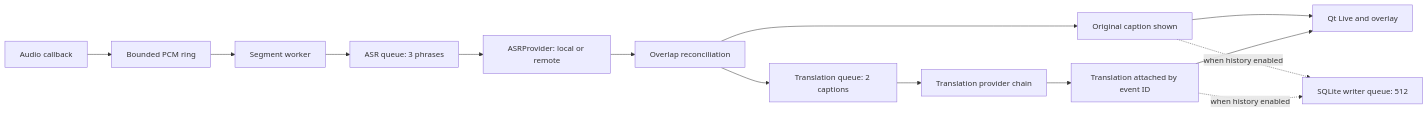
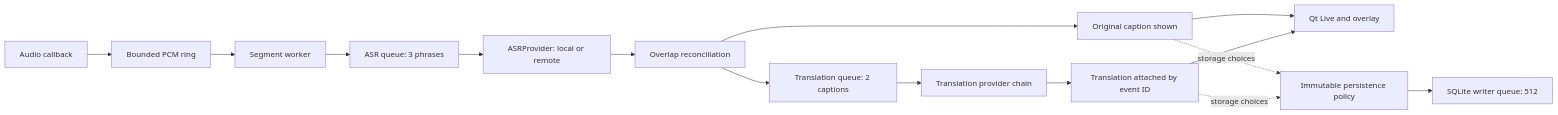
The diagram in docs/architecture.md (ChanJianHao/SubbyAI), drawn with Mermaid before and after one commit. The commit also changed other lines of this file and 82 other files, not shown here.

````diff
--- a/docs/architecture.md
+++ b/docs/architecture.md
@@ -7,16 +7,17 @@
 ```mermaid
 flowchart LR
     A[Audio callback] --> B[Bounded PCM ring]
     B --> C[Segment worker]
     C --> D[ASR queue: 3 phrases]
     D --> E[ASRProvider: local or remote]
     E --> F[Overlap reconciliation]
     F --> G[Original caption shown]
     F --> H[Translation queue: 2 captions]
     H --> I[Translation provider chain]
     I --> J[Translation attached by event ID]
     G --> K[Qt Live and overlay]
     J --> K
-    G -. when history enabled .-> L[SQLite writer queue: 512]
-    J -. when history enabled .-> L
+    G -. storage choices .-> P[Immutable persistence policy]
+    J -. storage choices .-> P
+    P --> L[SQLite writer queue: 512]
 ```
````
